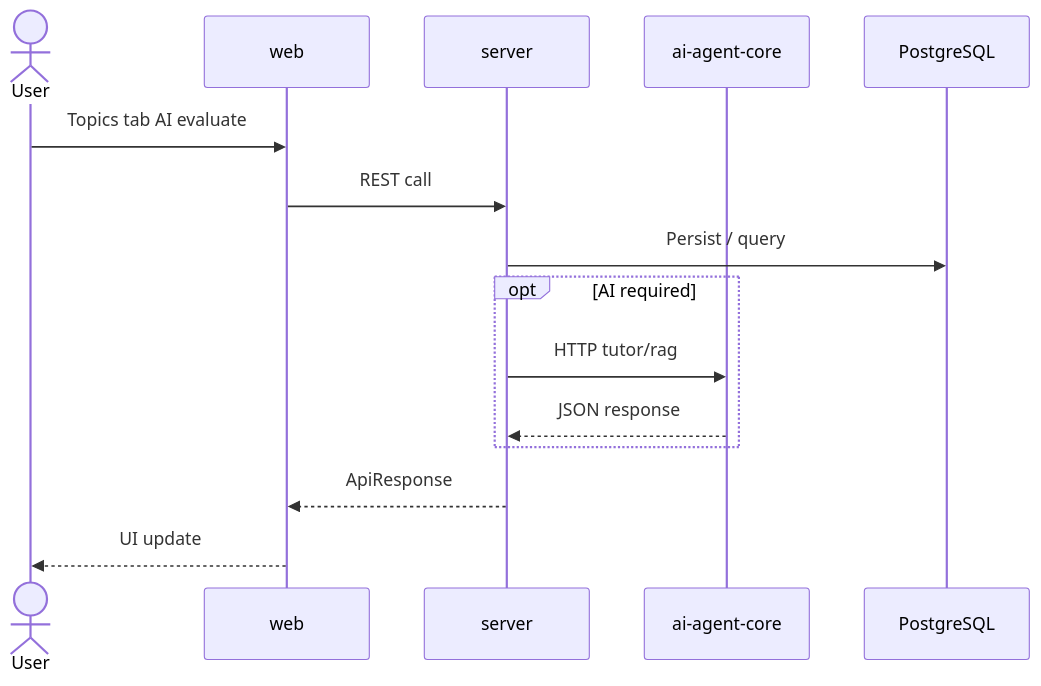
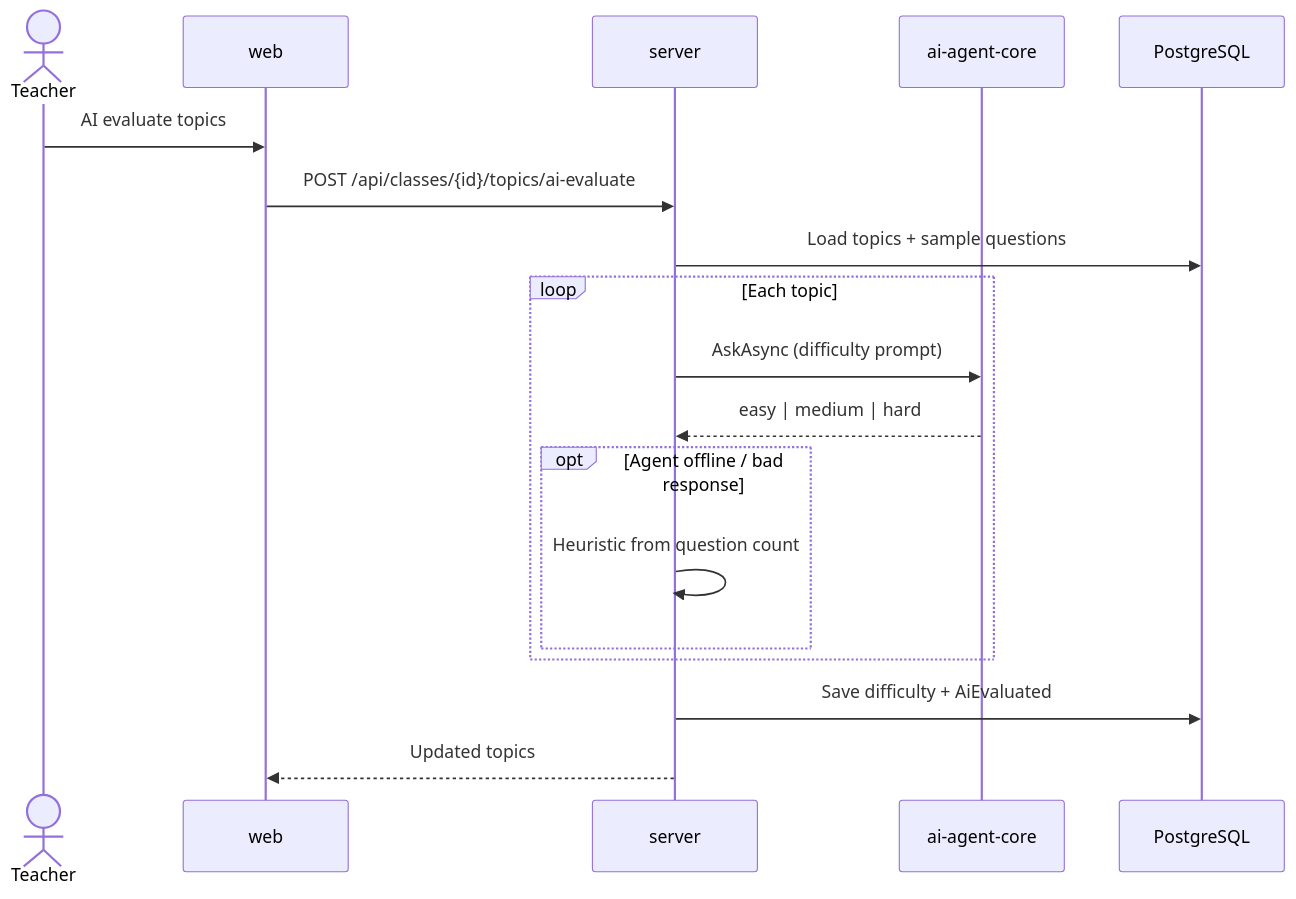
Before and after one commit to kuniquoc/eduboost: the diagram in docs/04-integration/flows/18-topic-ai-evaluate.md, drawn with Mermaid. The commit also changed other lines of this file and 180 other files, not shown here.

````diff
--- a/docs/04-integration/flows/18-topic-ai-evaluate.md
+++ b/docs/04-integration/flows/18-topic-ai-evaluate.md
@@ -11,17 +11,20 @@
 ```mermaid
 sequenceDiagram
-    actor User
+    actor Teacher
     participant Web as web
     participant API as server
     participant Agent as ai-agent-core
     participant DB as PostgreSQL
-    User->>Web: Topics tab AI evaluate
-    Web->>API: REST call
-    API->>DB: Persist / query
-    opt AI required
-        API->>Agent: HTTP tutor/rag
-        Agent-->>API: JSON response
+    Teacher->>Web: AI evaluate topics
+    Web->>API: POST /api/classes/{id}/topics/ai-evaluate
+    API->>DB: Load topics + sample questions
+    loop Each topic
+        API->>Agent: AskAsync (difficulty prompt)
+        Agent-->>API: easy | medium | hard
+        opt Agent offline / bad response
+            API->>API: Heuristic from question count
+        end
     end
-    API-->>Web: ApiResponse
-    Web-->>User: UI update
+    API->>DB: Save difficulty + AiEvaluated
+    API-->>Web: Updated topics
 ```
````
